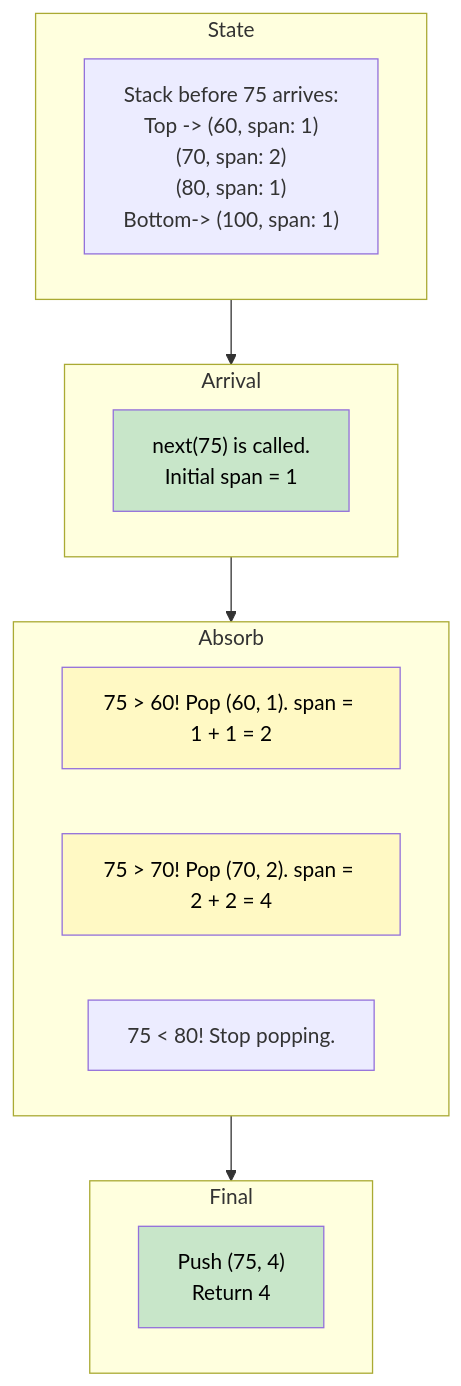
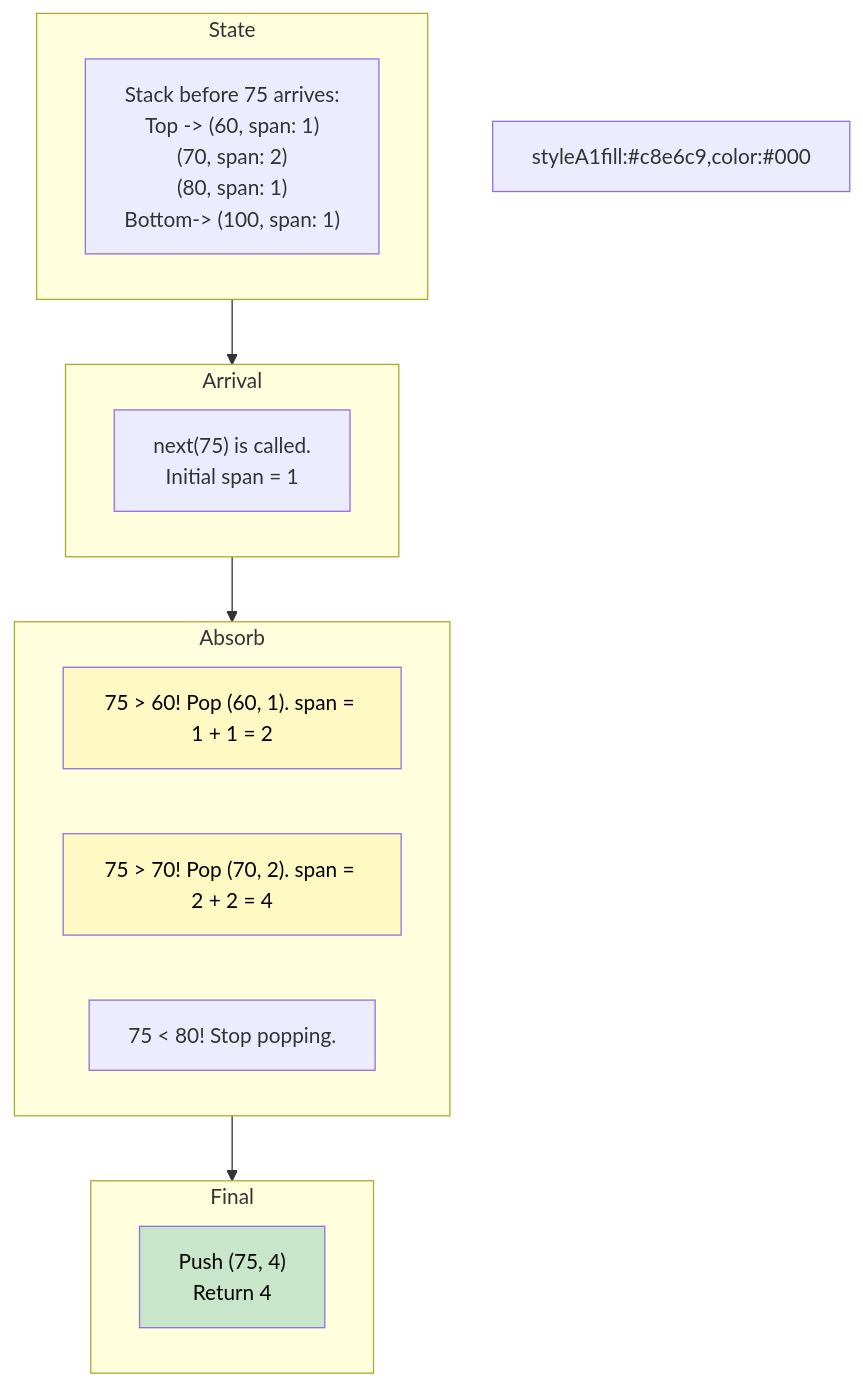
Before and after one commit to vadde/DSA: the diagram in 09 - Monotonic Stack/problem_04_online_stock_spanner_walkthrough.md, drawn with Mermaid. The commit also changed 245 other files, not shown here.

First line of the commit message:
fix: Forensic fix of all Mermaid rendering issues across entire DSA repo + add pre-commit validation infrastructure

````diff
--- a/09 - Monotonic Stack/problem_04_online_stock_spanner_walkthrough.md
+++ b/09 - Monotonic Stack/problem_04_online_stock_spanner_walkthrough.md
@@ -45,29 +45,29 @@
 ```mermaid
 flowchart TD
     subgraph State
         W1["Stack before 75 arrives:\nTop -> (60, span: 1)\n       (70, span: 2)\n       (80, span: 1)\nBottom-> (100, span: 1)"]
     end
     
     subgraph Arrival
         A1["next(75) is called.\nInitial span = 1"]
     end
     
     subgraph Absorb
         R1["75 > 60! Pop (60, 1). span = 1 + 1 = 2"]
         R2["75 > 70! Pop (70, 2). span = 2 + 2 = 4"]
         R3["75 < 80! Stop popping."]
     end
     
     subgraph Final
         F1["Push (75, 4)\nReturn 4"]
     end
-    
-    State --> Arrival
-    Arrival --> Absorb
+
+State --> Arrival
+Arrival --> Absorb
     Absorb --> Final
-    
-    style A1 fill:#c8e6c9,color:#000
+
+styleA1fill:#c8e6c9,color:#000
     style R1 fill:#fff9c4,color:#000
     style R2 fill:#fff9c4,color:#000
     style F1 fill:#c8e6c9,color:#000
 ```
````
